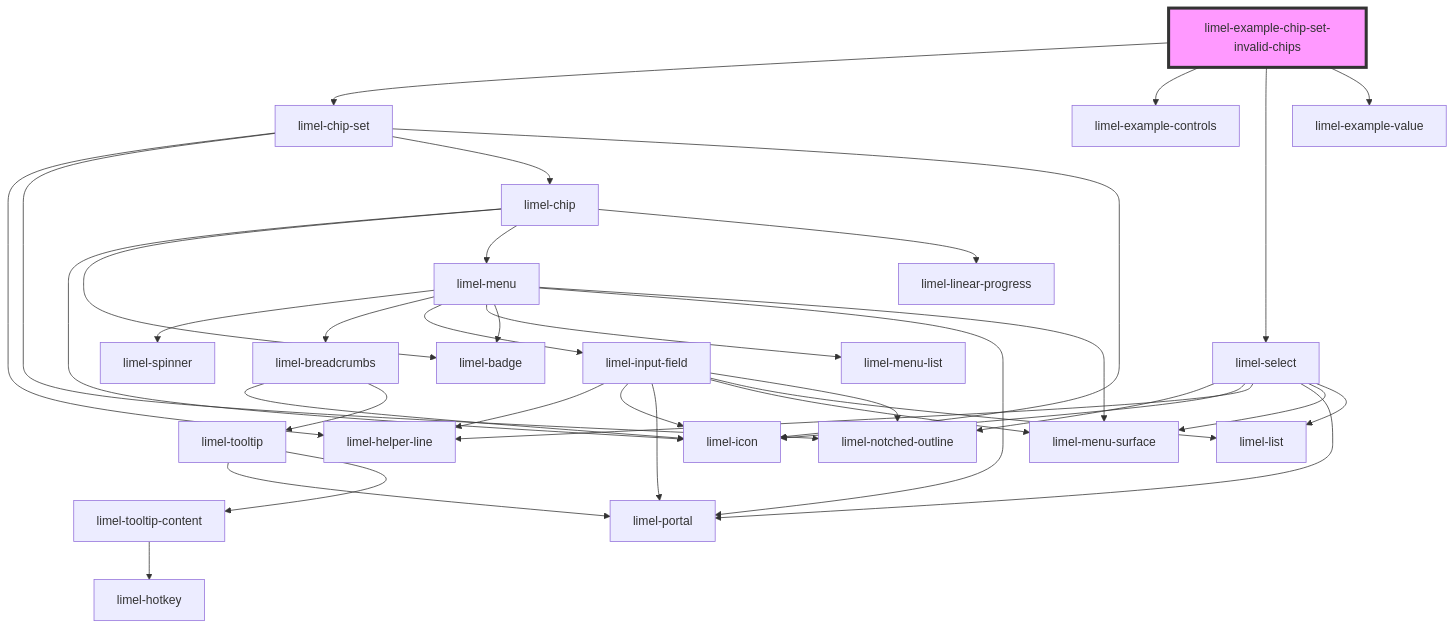
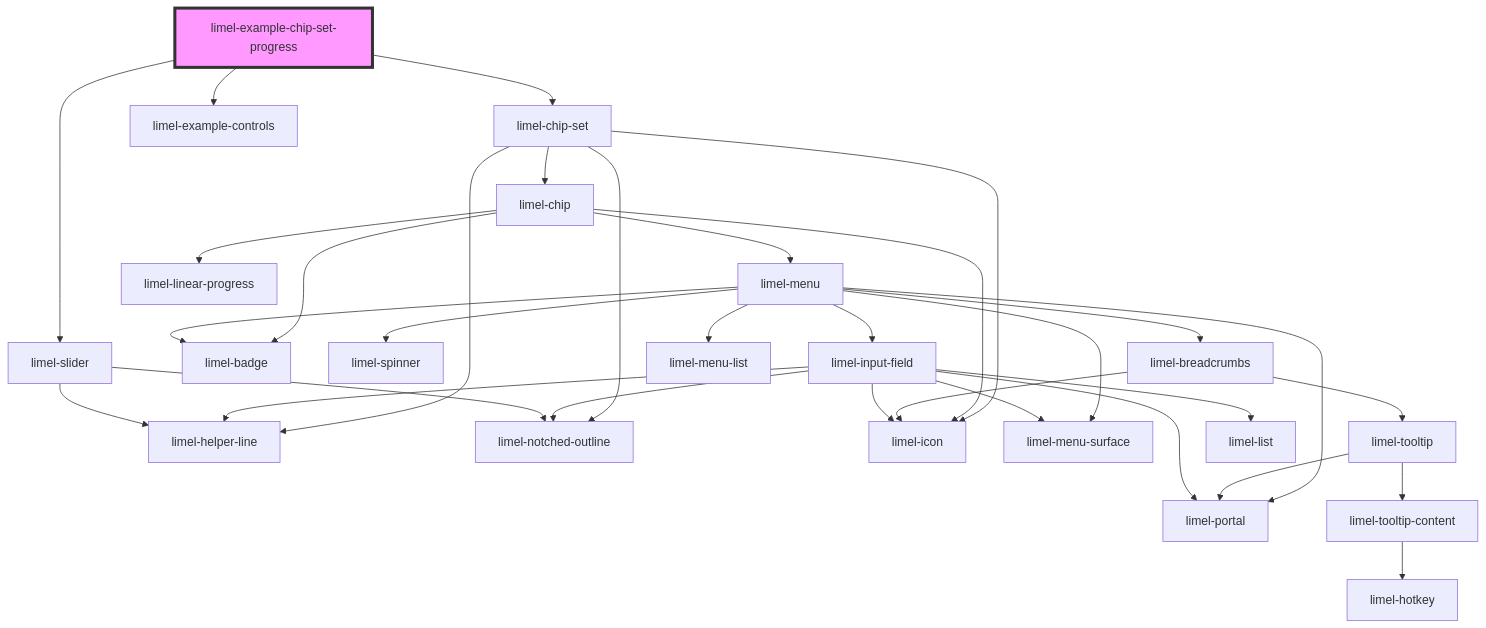
Before and after one commit to Lundalogik/lime-elements: the diagram in versions/PR-4154/markdown-docs/components/chip-set/examples/readme.md, drawn with Mermaid. The commit also changed other lines of this file and 434 other files, not shown here.

````diff
--- a/versions/PR-4154/markdown-docs/components/chip-set/examples/readme.md
+++ b/versions/PR-4154/markdown-docs/components/chip-set/examples/readme.md
@@ -39,40 +24,35 @@
 ```mermaid
 graph TD;
-  limel-example-chip-set-invalid-chips --> limel-chip-set
-  limel-example-chip-set-invalid-chips --> limel-example-controls
-  limel-example-chip-set-invalid-chips --> limel-select
-  limel-example-chip-set-invalid-chips --> limel-example-value
+  limel-example-chip-set-progress --> limel-chip-set
+  limel-example-chip-set-progress --> limel-example-controls
+  limel-example-chip-set-progress --> limel-slider
   limel-chip-set --> limel-helper-line
   limel-chip-set --> limel-notched-outline
   limel-chip-set --> limel-chip
   limel-chip-set --> limel-icon
   limel-chip --> limel-icon
   limel-chip --> limel-badge
   limel-chip --> limel-menu
   limel-chip --> limel-linear-progress
   limel-menu --> limel-spinner
   limel-menu --> limel-breadcrumbs
   limel-menu --> limel-input-field
   limel-menu --> limel-menu-list
   limel-menu --> limel-badge
   limel-menu --> limel-portal
   limel-menu --> limel-menu-surface
   limel-breadcrumbs --> limel-icon
   limel-breadcrumbs --> limel-tooltip
   limel-tooltip --> limel-portal
   limel-tooltip --> limel-tooltip-content
   limel-tooltip-content --> limel-hotkey
   limel-input-field --> limel-helper-line
   limel-input-field --> limel-icon
   limel-input-field --> limel-portal
   limel-input-field --> limel-menu-surface
   limel-input-field --> limel-list
   limel-input-field --> limel-notched-outline
-  limel-select --> limel-notched-outline
-  limel-select --> limel-icon
-  limel-select --> limel-helper-line
-  limel-select --> limel-portal
-  limel-select --> limel-menu-surface
-  limel-select --> limel-list
-  style limel-example-chip-set-invalid-chips fill:#f9f,stroke:#333,stroke-width:4px
+  limel-slider --> limel-helper-line
+  limel-slider --> limel-notched-outline
+  style limel-example-chip-set-progress fill:#f9f,stroke:#333,stroke-width:4px
 ```
````
